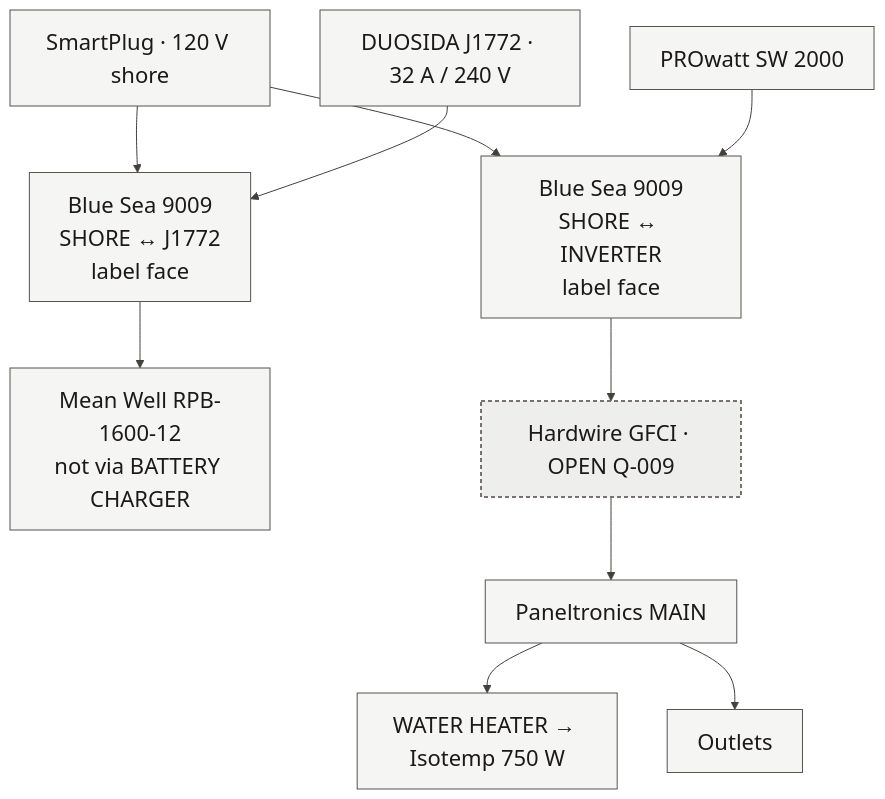
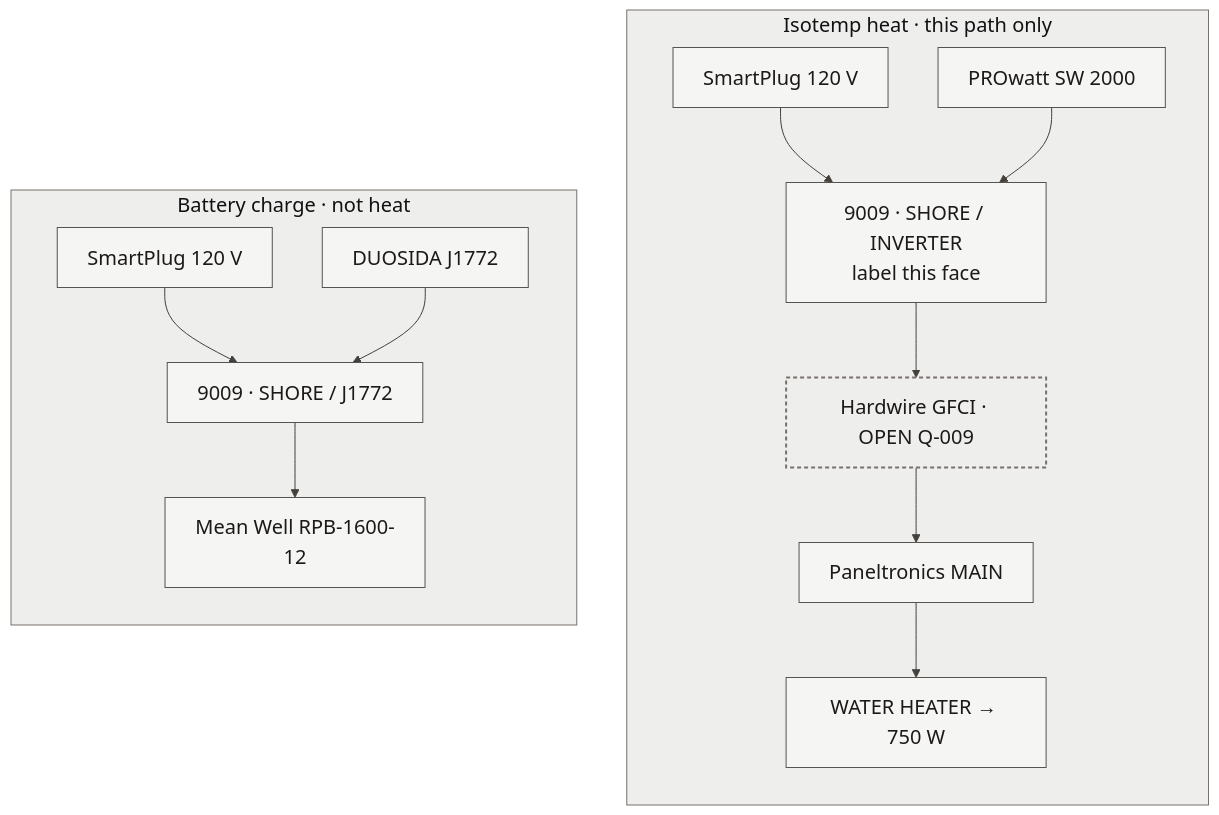
Before and after one commit to benracine/sprinter-heat: the diagram in book/diagrams/electrical-ac.mmd, drawn with Mermaid. The commit also changed 10 other files, not shown here.

```diff
--- a/book/diagrams/electrical-ac.mmd
+++ b/book/diagrams/electrical-ac.mmd
@@ -1,29 +1,29 @@
-%%{init: {'theme':'base','themeVariables': {'background':'#fafaf9','primaryColor':'#f5f5f4','primaryTextColor':'#1c1917','primaryBorderColor':'#57534e','lineColor':'#44403c','secondaryColor':'#e7e5e4','tertiaryColor':'#eeeeec','fontFamily':'Avenir Next, Avenir, Helvetica Neue, sans-serif','fontSize':'22px','textColor':'#1c1917','mainBkg':'#f5f5f4','clusterBkg':'#eeeeec','clusterBorder':'#78716c','edgeLabelBackground':'#fafaf9'}}}%%
+%%{init: {'theme':'base','themeVariables': {'background':'#fafaf9','primaryColor':'#f5f5f4','primaryTextColor':'#1c1917','primaryBorderColor':'#57534e','lineColor':'#44403c','secondaryColor':'#e7e5e4','tertiaryColor':'#eeeeec','fontFamily':'Avenir Next, Avenir, Helvetica Neue, sans-serif','fontSize':'20px','textColor':'#1c1917','mainBkg':'#f5f5f4','clusterBkg':'#eeeeec','clusterBorder':'#78716c','edgeLabelBackground':'#fafaf9'}}}%%
 flowchart TB
-  SP["SmartPlug · 120 V shore"]
-  J1772["DUOSIDA J1772 · 32 A / 240 V"]
-  INV["PROwatt SW 2000"]
-
-  SW1["Blue Sea 9009<br/>SHORE ↔ INVERTER<br/>label face"]
-  SW2["Blue Sea 9009<br/>SHORE ↔ J1772<br/>label face"]
-
-  PANEL["Paneltronics MAIN"]
-  MW["Mean Well RPB-1600-12<br/>not via BATTERY CHARGER"]
-  WH["WATER HEATER → Isotemp 750 W"]
-  OUT["Outlets"]
-  GFCI["Hardwire GFCI · OPEN Q-009"]
-
-  SP --> SW1
-  INV --> SW1
-  SW1 --> GFCI --> PANEL
-  PANEL --> WH
-  PANEL --> OUT
-
-  SP --> SW2
-  J1772 --> SW2
-  SW2 --> MW
+  subgraph HEAT["Isotemp heat · this path only"]
+    direction TB
+    SP1["SmartPlug 120 V"]
+    INV["PROwatt SW 2000"]
+    SW1["9009 · SHORE / INVERTER<br/>label this face"]
+    GFCI["Hardwire GFCI · OPEN Q-009"]
+    PANEL["Paneltronics MAIN"]
+    WH["WATER HEATER → 750 W"]
+    SP1 --> SW1
+    INV --> SW1
+    SW1 --> GFCI --> PANEL --> WH
+  end
+  subgraph CHARGE["Battery charge · not heat"]
+    direction TB
+    SP2["SmartPlug 120 V"]
+    J1772["DUOSIDA J1772"]
+    SW2["9009 · SHORE / J1772"]
+    MW["Mean Well RPB-1600-12"]
+    SP2 --> SW2
+    J1772 --> SW2
+    SW2 --> MW
+  end
 
   classDef solid fill:#f5f5f4,stroke:#57534e,stroke-width:1px,color:#1c1917;
   classDef open fill:#eeeeec,stroke:#78716c,stroke-width:2px,stroke-dasharray:4 3,color:#1c1917;
-  class SP,J1772,INV,SW1,SW2,PANEL,MW,WH,OUT solid;
+  class SP1,INV,SW1,PANEL,WH,SP2,J1772,SW2,MW solid;
   class GFCI open;
```
